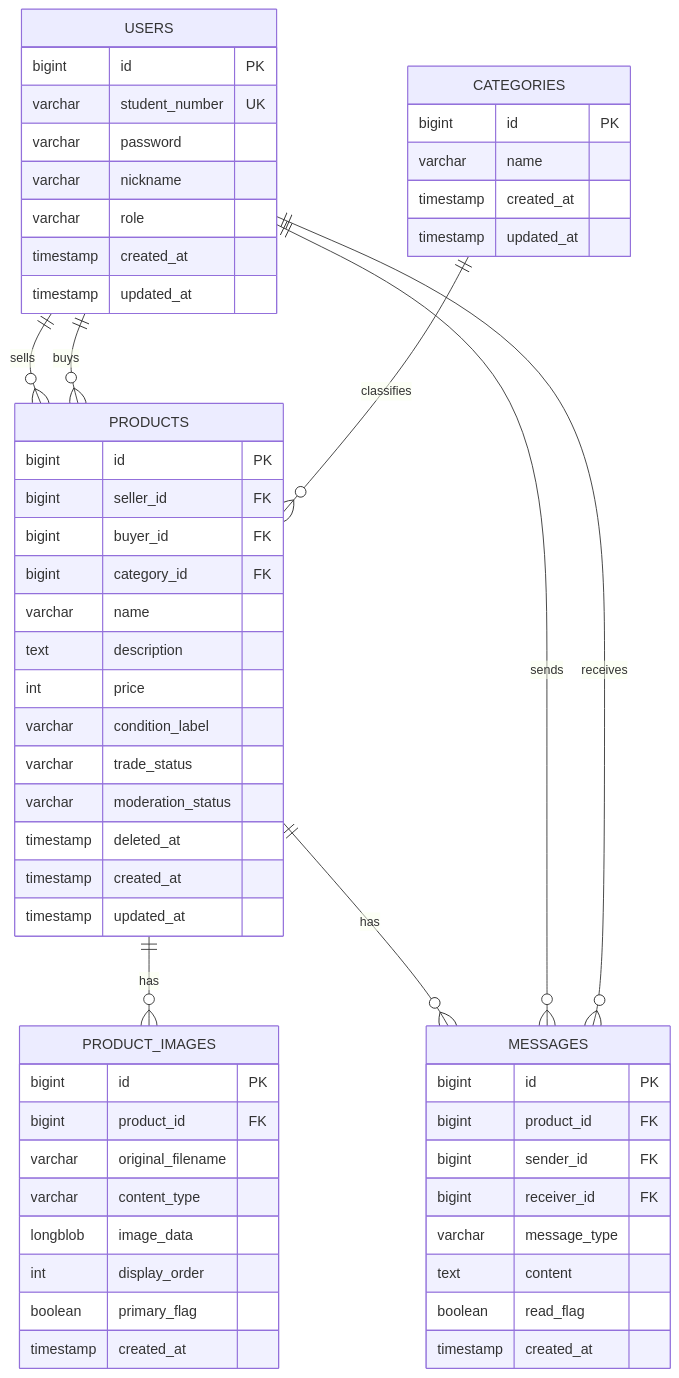
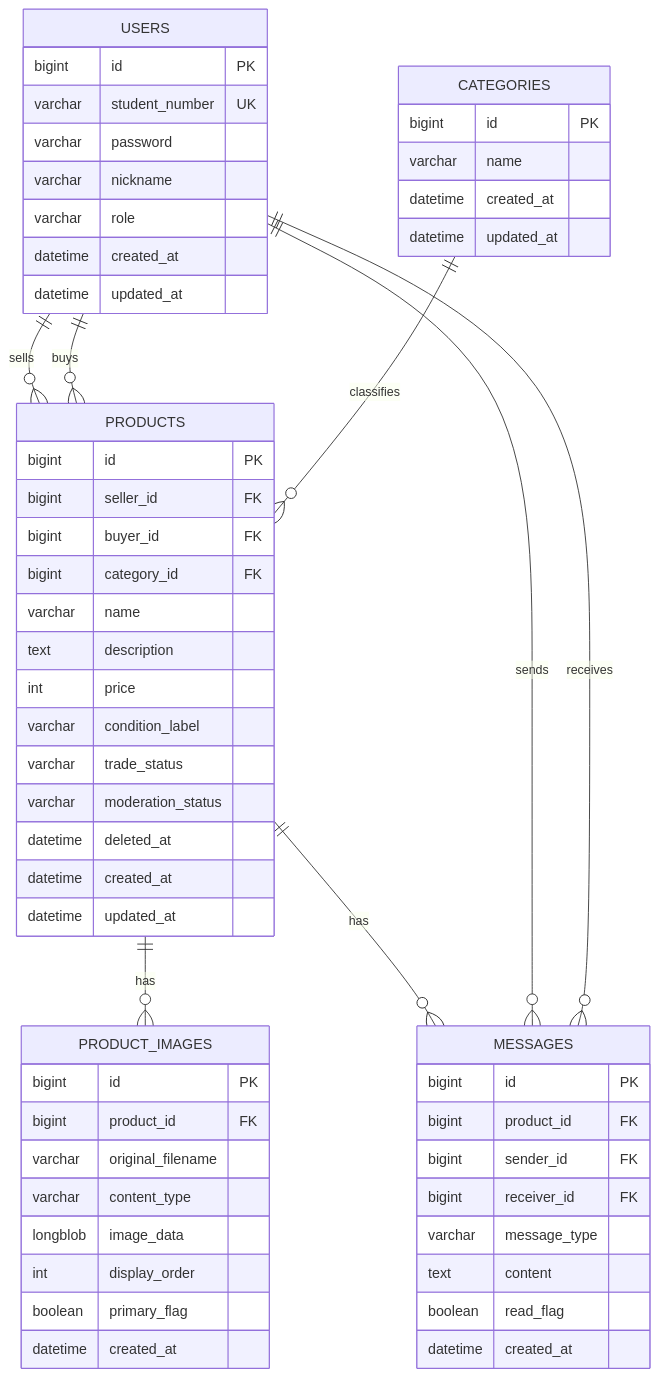
The second of 2 diagrams in docs/basic-design.md (natuki53/CampusTrade), drawn with Mermaid before and after one commit. The commit also changed other lines of this file and 3 other files, not shown here.

Commit message:
Support MySQL 5.5 schema migration

````diff
--- a/docs/basic-design.md
+++ b/docs/basic-design.md
@@ -118,65 +118,65 @@
 ```mermaid
 erDiagram
     USERS ||--o{ PRODUCTS : sells
     USERS ||--o{ PRODUCTS : buys
     CATEGORIES ||--o{ PRODUCTS : classifies
     PRODUCTS ||--o{ PRODUCT_IMAGES : has
     PRODUCTS ||--o{ MESSAGES : has
     USERS ||--o{ MESSAGES : sends
     USERS ||--o{ MESSAGES : receives
 
     USERS {
         bigint id PK
         varchar student_number UK
         varchar password
         varchar nickname
         varchar role
-        timestamp created_at
-        timestamp updated_at
+        datetime created_at
+        datetime updated_at
     }
 
     CATEGORIES {
         bigint id PK
         varchar name
-        timestamp created_at
-        timestamp updated_at
+        datetime created_at
+        datetime updated_at
     }
 
     PRODUCTS {
         bigint id PK
         bigint seller_id FK
         bigint buyer_id FK
         bigint category_id FK
         varchar name
         text description
         int price
         varchar condition_label
         varchar trade_status
         varchar moderation_status
-        timestamp deleted_at
-        timestamp created_at
-        timestamp updated_at
+        datetime deleted_at
+        datetime created_at
+        datetime updated_at
     }
 
     PRODUCT_IMAGES {
         bigint id PK
         bigint product_id FK
         varchar original_filename
         varchar content_type
         longblob image_data
         int display_order
         boolean primary_flag
-        timestamp created_at
+        datetime created_at
     }
 
     MESSAGES {
         bigint id PK
         bigint product_id FK
         bigint sender_id FK
         bigint receiver_id FK
         varchar message_type
         text content
         boolean read_flag
-        timestamp created_at
+        datetime created_at
     }
 ```
````
